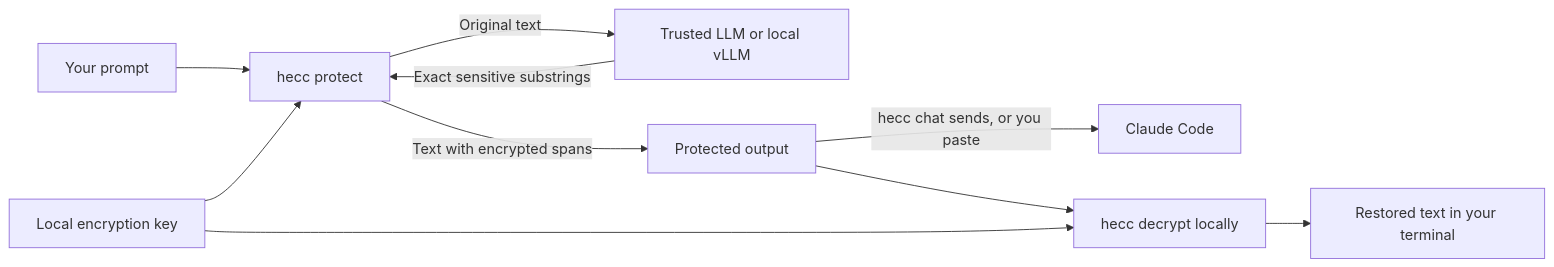
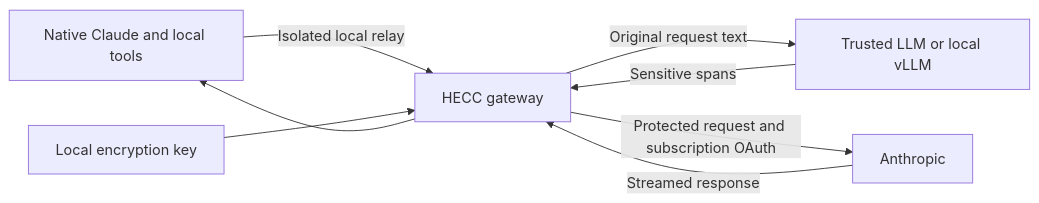
The diagram in README.md (madeye/sealgate), drawn with Mermaid before and after one commit. The commit also changed other lines of this file and 25 other files, not shown here.

Commit message:
Add subscription-preserving gateway and isolated native Claude launcher

````diff
--- a/README.md
+++ b/README.md
@@ -12,12 +16,10 @@
 ```mermaid
 flowchart LR
-    U[Your prompt] --> C[hecc protect]
-    C -->|Original text| P[Trusted LLM or local vLLM]
-    P -->|Exact sensitive substrings| C
-    K[Local encryption key] --> C
-    C -->|Text with encrypted spans| O[Protected output]
-    O -->|hecc chat sends, or you paste| A[Claude Code]
-    O --> D[hecc decrypt locally]
-    K --> D
-    D --> R[Restored text in your terminal]
+    U[Native Claude and local tools] -->|Isolated local relay| G[HECC gateway]
+    G -->|Original request text| P[Trusted LLM or local vLLM]
+    P -->|Sensitive spans| G
+    K[Local encryption key] --> G
+    G -->|Protected request and subscription OAuth| A[Anthropic]
+    A -->|Streamed response| G
+    G --> U
 ```
````
